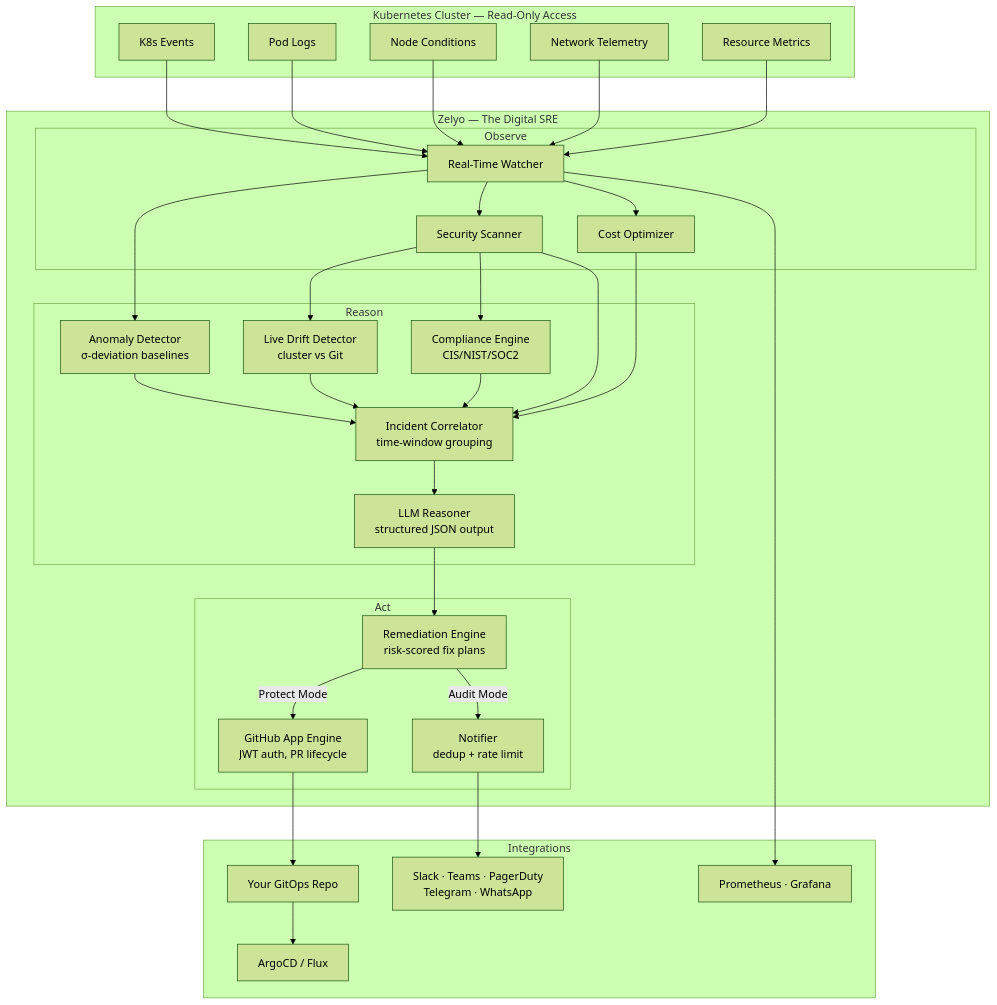
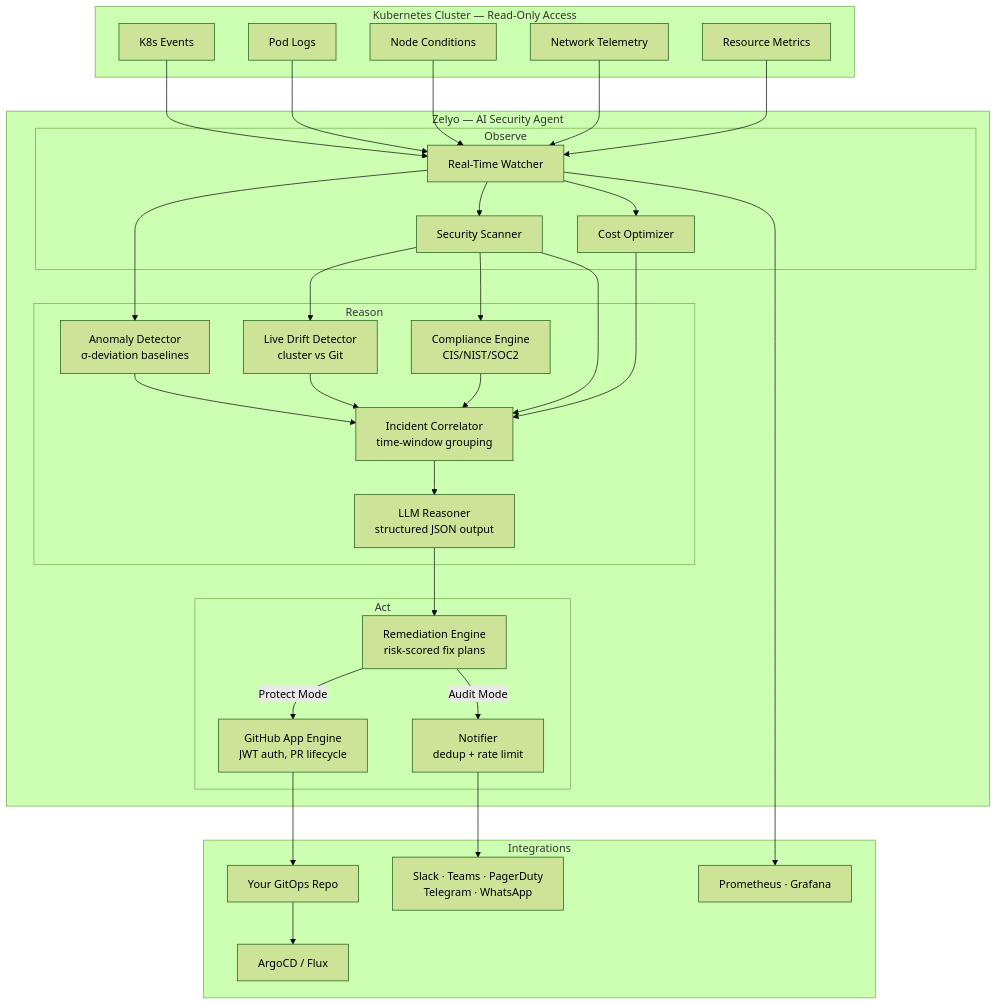
One commit to aotanami/aotanami changed the second of 2 diagrams in README.md. Above: the diagram before and after it, drawn with Mermaid (forest theme). The commit also changed other lines of this file and 10 other files, not shown here.

Commit message:
refactor: rebrand Zelyo operator as an autonomous AI security agent with a Detect-Correlate-Fix pipeline (#63)

````diff
--- a/README.md
+++ b/README.md
@@ -139,52 +139,52 @@
 ```mermaid
 graph TB
-    accTitle: Kubernetes incident response operator architecture diagram
-    accDescr: High-level system architecture of Zelyo Operator
+    accTitle: Kubernetes security agent architecture diagram
+    accDescr: High-level system architecture of the Zelyo AI Security Agent
     subgraph "Kubernetes Cluster — Read-Only Access"
         Events[K8s Events]
         Logs[Pod Logs]
         Nodes[Node Conditions]
         Net[Network Telemetry]
         Metrics[Resource Metrics]
     end
 
-    subgraph "Zelyo — The Digital SRE"
+    subgraph "Zelyo — AI Security Agent"
         subgraph "Observe"
             Watcher[Real-Time Watcher]
             Scanner[Security Scanner]
             CostEng[Cost Optimizer]
         end
         subgraph "Reason"
             AnomalyDet[Anomaly Detector<br/>σ-deviation baselines]
             Correlator[Incident Correlator<br/>time-window grouping]
             Compliance[Compliance Engine<br/>CIS/NIST/SOC2]
             DriftDet[Live Drift Detector<br/>cluster vs Git]
             LLM[LLM Reasoner<br/>structured JSON output]
         end
         subgraph "Act"
             Remediation[Remediation Engine<br/>risk-scored fix plans]
             GitOps[GitHub App Engine<br/>JWT auth, PR lifecycle]
             Notify[Notifier<br/>dedup + rate limit]
         end
     end
 
     subgraph "Integrations"
         GitRepo[Your GitOps Repo]
         Alerts[Slack · Teams · PagerDuty<br/>Telegram · WhatsApp]
         Prom[Prometheus · Grafana]
         ArgoFlux[ArgoCD / Flux]
     end
 
     Events & Logs & Nodes & Net & Metrics --> Watcher
     Watcher --> AnomalyDet & Scanner & CostEng
     Scanner --> DriftDet & Compliance
     AnomalyDet & Scanner & CostEng & DriftDet & Compliance --> Correlator
     Correlator --> LLM
     LLM --> Remediation
     Remediation -->|Protect Mode| GitOps
     Remediation -->|Audit Mode| Notify
     GitOps --> GitRepo
     GitRepo --> ArgoFlux
     Notify --> Alerts
     Watcher --> Prom
 ```
````
